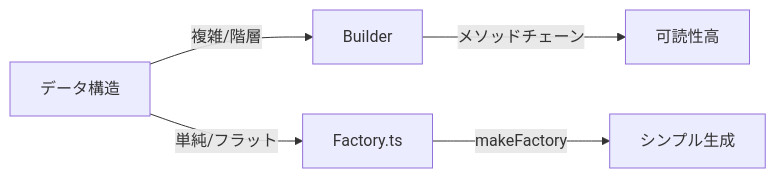
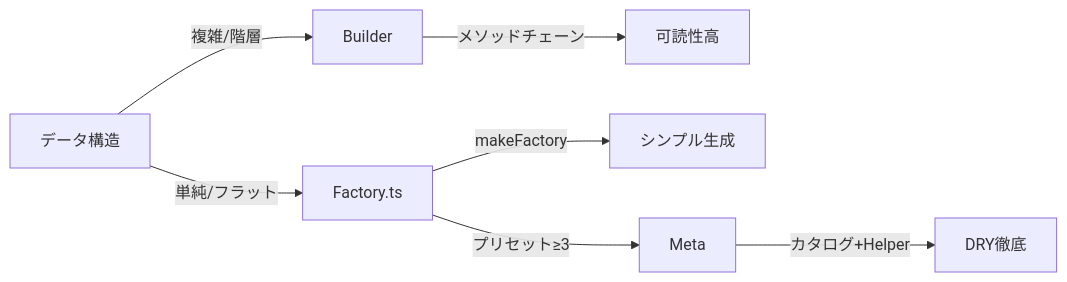
Before and after one commit to wywy-llc/aside: the diagram in mcp-server/test/factories/CLAUDE.md, drawn with Mermaid. The commit also changed other lines of this file and 1 other file, not shown here.

````diff
--- a/mcp-server/test/factories/CLAUDE.md
+++ b/mcp-server/test/factories/CLAUDE.md
@@ -24,7 +24,9 @@
 ```mermaid
 graph LR
     A[データ構造] -->|複雑/階層| B[Builder]
     A -->|単純/フラット| C[Factory.ts]
     B -->|メソッドチェーン| D[可読性高]
     C -->|makeFactory| E[シンプル生成]
+    C -->|プリセット≥3| F[Meta]
+    F -->|カタログ+Helper| G[DRY徹底]
 ```
````
